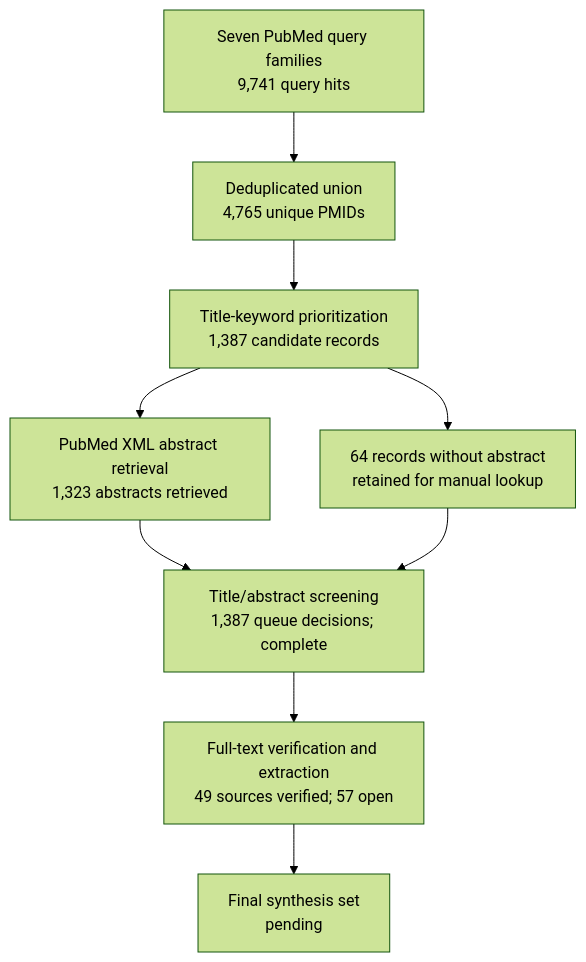
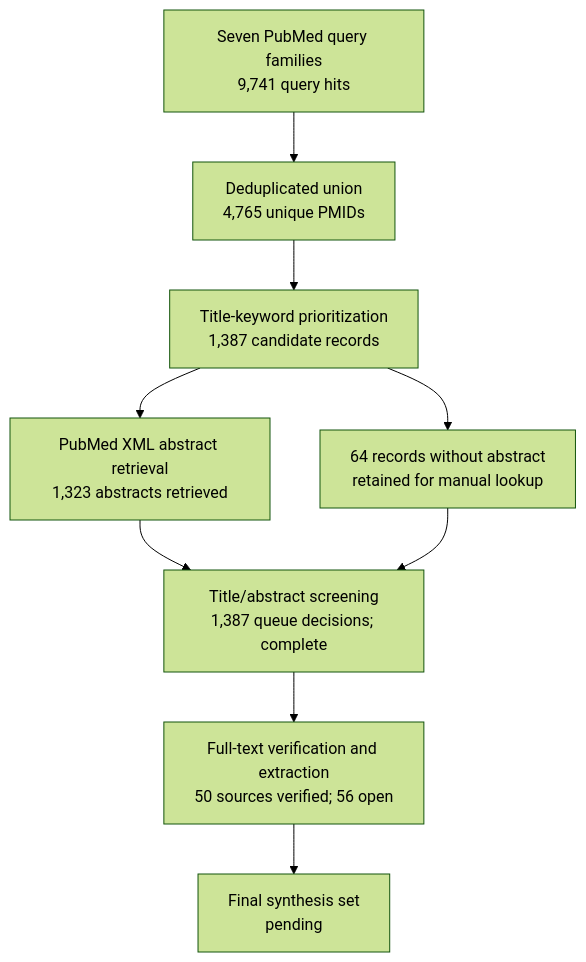
The diagram in manuscript/review-flow.md (dcmcshan/artemisia), drawn with Mermaid (forest theme) before and after one commit. The commit also changed other lines of this file and 13 other files, not shown here.

Commit message:
Add full-text heme activation evidence

````diff
--- a/manuscript/review-flow.md
+++ b/manuscript/review-flow.md
@@ -5,11 +5,11 @@
 ```mermaid
 flowchart TB
   Q[Seven PubMed query families<br/>9,741 query hits] --> U[Deduplicated union<br/>4,765 unique PMIDs]
   U --> T[Title-keyword prioritization<br/>1,387 candidate records]
   T --> A[PubMed XML abstract retrieval<br/>1,323 abstracts retrieved]
   T --> N[64 records without abstract<br/>retained for manual lookup]
   A --> M[Title/abstract screening<br/>1,387 queue decisions; complete]
   N --> M
-  M --> F[Full-text verification and extraction<br/>49 sources verified; 57 open]
+  M --> F[Full-text verification and extraction<br/>50 sources verified; 56 open]
   F --> S[Final synthesis set<br/>pending]
 ```
````
